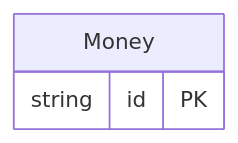
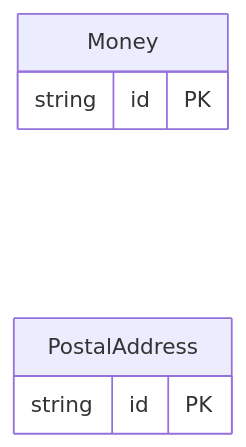
The diagram in protobuf/generated/prisma/freebusy/type/README.md (oh-tarnished/freebusy), drawn with Mermaid before and after one commit. The commit also changed other lines of this file and 82 other files, not shown here.

First line of the commit message:
feat: Add Prisma schemas and enums for freebusy property and channel

````diff
--- a/protobuf/generated/prisma/freebusy/type/README.md
+++ b/protobuf/generated/prisma/freebusy/type/README.md
@@ -13,7 +13,10 @@
 ```mermaid
 erDiagram
     direction LR
     Money {
         string id PK
     }
+    PostalAddress {
+        string id PK
+    }
 ```
````
